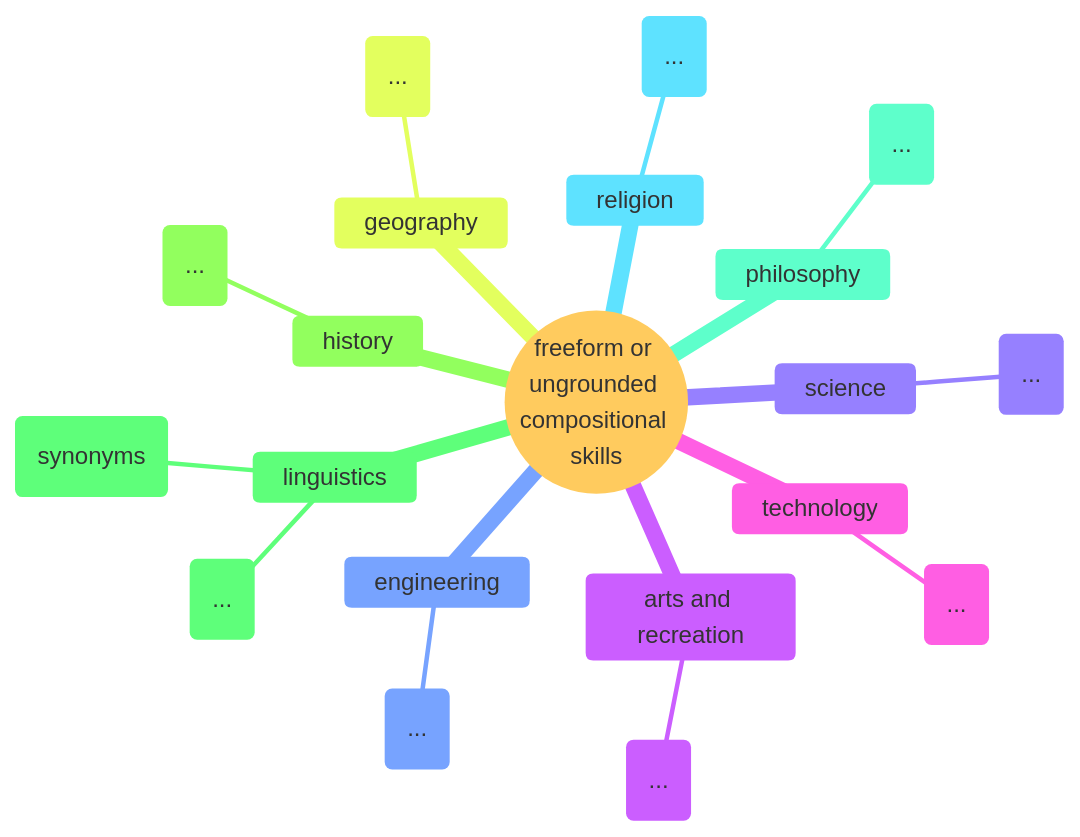
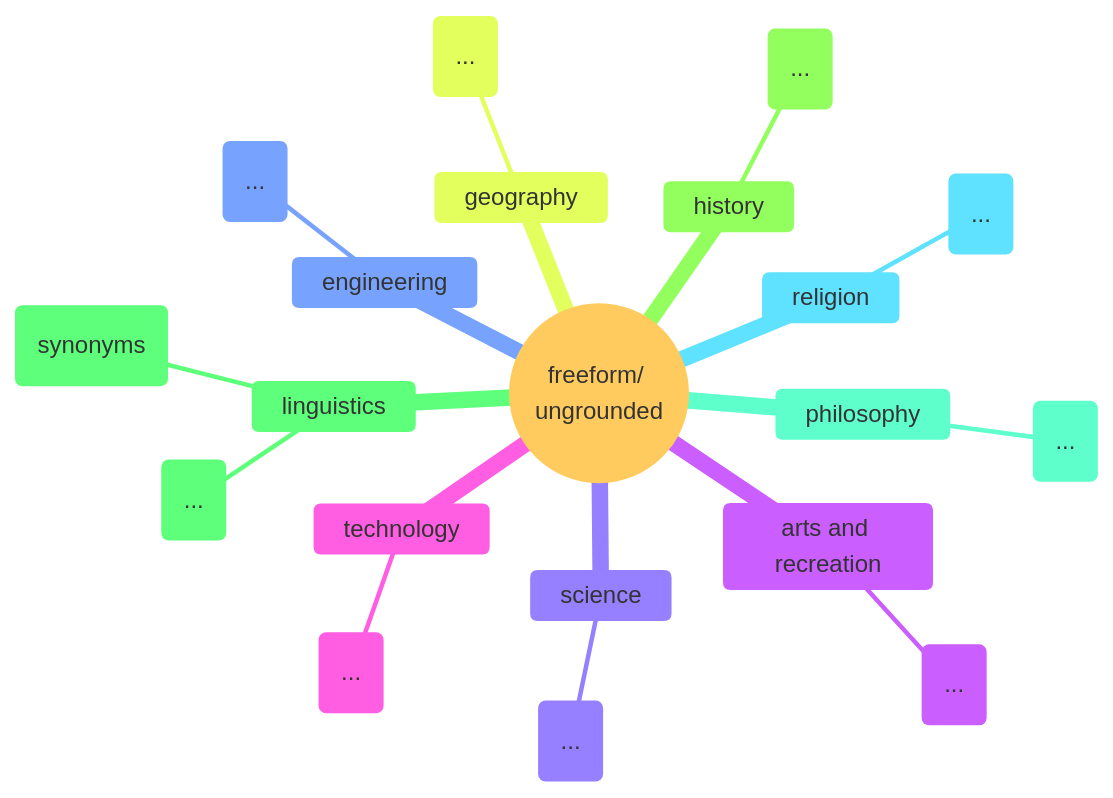
Before and after one commit to nimbinatus/taxonomy: the fifth of 18 diagrams in docs/full_taxonomy.md, drawn with Mermaid. The commit also changed other lines of this file, not shown here.

````diff
--- a/docs/full_taxonomy.md
+++ b/docs/full_taxonomy.md
@@ -144,31 +140,31 @@
 ```mermaid
 ---
 title: Compositional Skills - Freeform
 config:
     theme: base
     mindmap:
         maxNodeWidth: 100
     fontSize: 8
 ---
 mindmap
-    root((freeform or ungrounded compositional skills))
+    root((freeform/ ungrounded))
         arts and recreation
             id(...)
         engineering
             id(...)
         geography
             id(...)
         history
             id(...)
         linguistics
             id(synonyms)
             id(...)
         philosophy
             id(...)
         religion
             id(...)
         science
             id(...)
         technology
             id(...)
 ```
````
